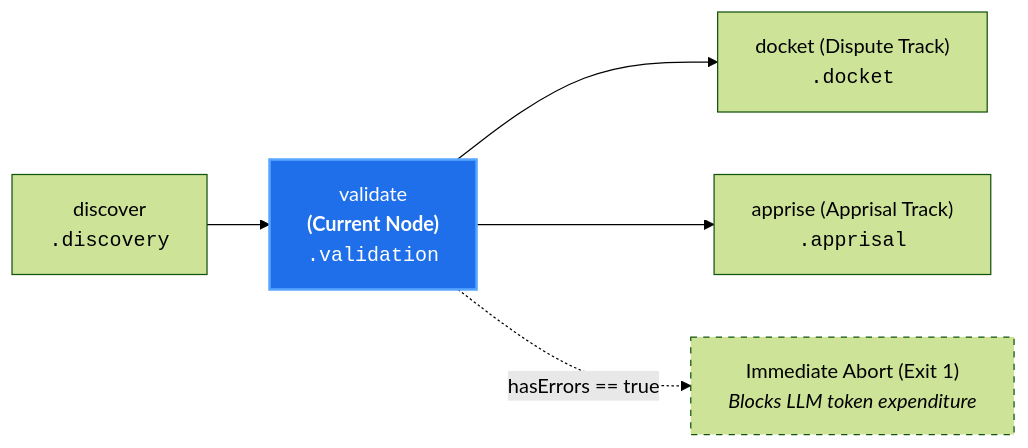
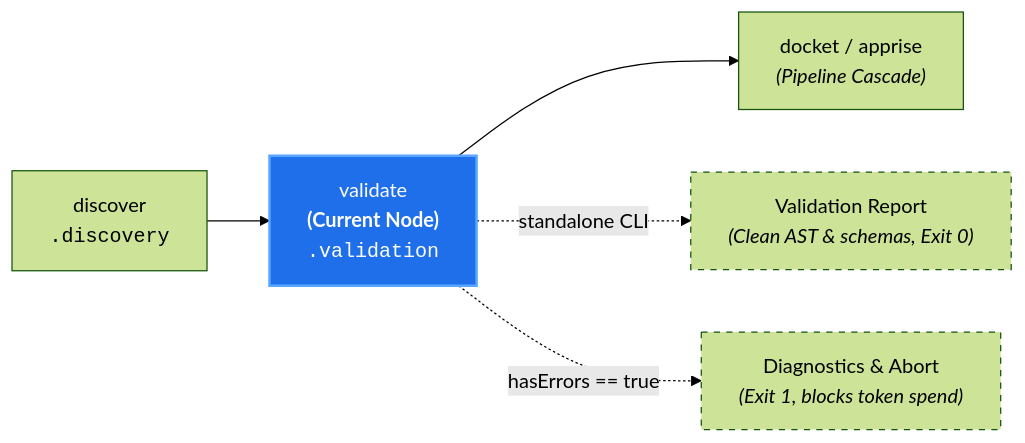
One commit to PAIR-code/canon-clerk changed the diagram in docs/architecture/nodes/validate.md. Above: the diagram before and after it, drawn with Mermaid (forest theme). The commit also changed 8 other files, not shown here.

Commit message:
docs(architecture): standardize localized node diagrams with standalone and exit paths

````diff
--- a/docs/architecture/nodes/validate.md
+++ b/docs/architecture/nodes/validate.md
@@ -21,10 +21,12 @@
 ```mermaid
 flowchart LR
     Discover["discover<br/><code>.discovery</code>"] --> Validate["validate<br/><b>(Current Node)</b><br/><code>.validation</code>"]
-    Validate --> Docket["docket (Dispute Track)<br/><code>.docket</code>"]
-    Validate --> Apprise["apprise (Apprisal Track)<br/><code>.apprisal</code>"]
-    Validate -. "hasErrors == true" .-> Abort["Immediate Abort (Exit 1)<br/><i>Blocks LLM token expenditure</i>"]
+
+    Validate --> Next["docket / apprise<br/><i>(Pipeline Cascade)</i>"]
+    Validate -. "standalone CLI" .-> ValidReport["Validation Report<br/><i>(Clean AST & schemas, Exit 0)</i>"]
+    Validate -. "hasErrors == true" .-> Abort["Diagnostics & Abort<br/><i>(Exit 1, blocks token spend)</i>"]
 
     style Validate fill:#1f6feb,stroke:#58a6ff,stroke-width:2px,color:#fff
+    style ValidReport stroke-dasharray: 5 5
     style Abort stroke-dasharray: 5 5
 ```
````
